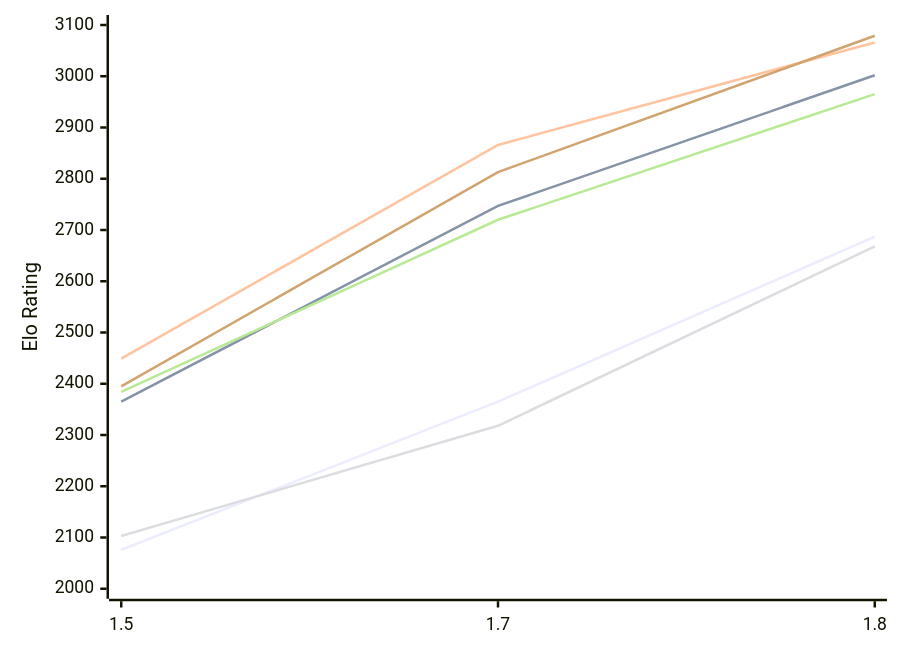
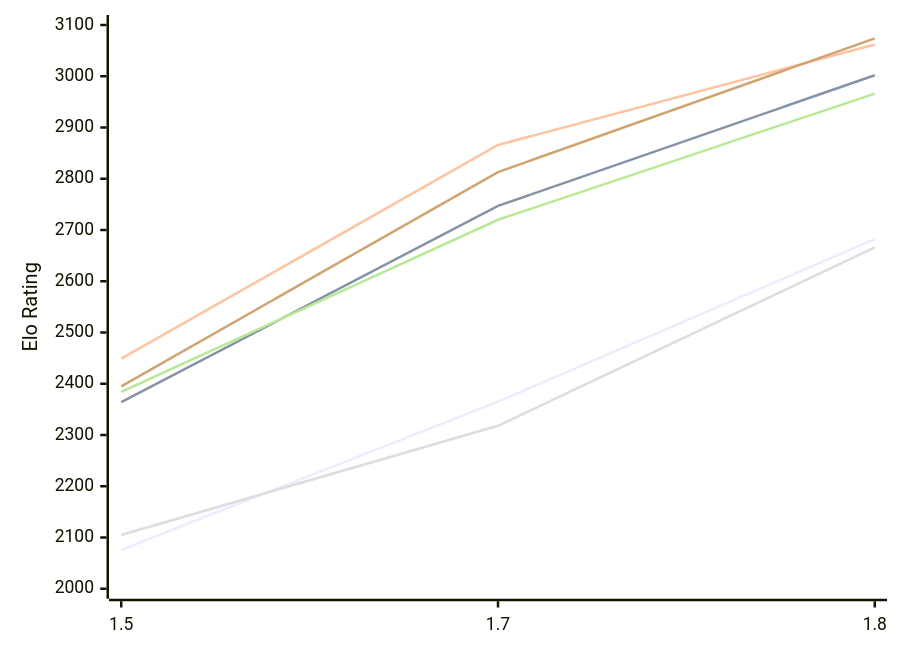
Before and after one commit to computer-chess-index/cci: the first of 2 diagrams in engines/Facon.md, drawn with Mermaid. The commit also changed other lines of this file, not shown here.

Commit message:
Update CCI Ratings (ELO VLTC) - 2026-11-27

````diff
--- a/engines/Facon.md
+++ b/engines/Facon.md
@@ -54,12 +54,12 @@
 ```mermaid
 %%{init: {"theme":"base","themeVariables":{"seriesColors:['#a3a3a3','#222221','#faa371']}}}%%
 xychart-beta
   x-axis ["1.5", "1.7", "1.8"]
   y-axis "Elo Rating" 2000 --> 3100
-  line "E1: STC (8.0+0.08s)" [2076, 2365, 2687]
-  line "E1: LTC (60.0+0.60s)" [2365, 2747, 3002]
-  line "E1: VLTC (2m24s+1.12s)" [2449, 2866, 3066]
-  line "P1: STC (8.0+0.08s)" [2103, 2318, 2668]
-  line "P1: LTC (60.0+0.60s)" [2384, 2720, 2965]
-  line "P1: VLTC (2m24s+1.12s)" [2395, 2813, 3079]
+  line "E1: STC (8.0+0.08s)" [2076, 2365, 2682]
+  line "E1: LTC (60.0+0.60s)" [2364, 2747, 3002]
+  line "E1: VLTC (2m24s+1.12s)" [2449, 2866, 3062]
+  line "P1: STC (8.0+0.08s)" [2105, 2318, 2666]
+  line "P1: LTC (60.0+0.60s)" [2384, 2720, 2966]
+  line "P1: VLTC (2m24s+1.12s)" [2395, 2813, 3074]
 ```
````
